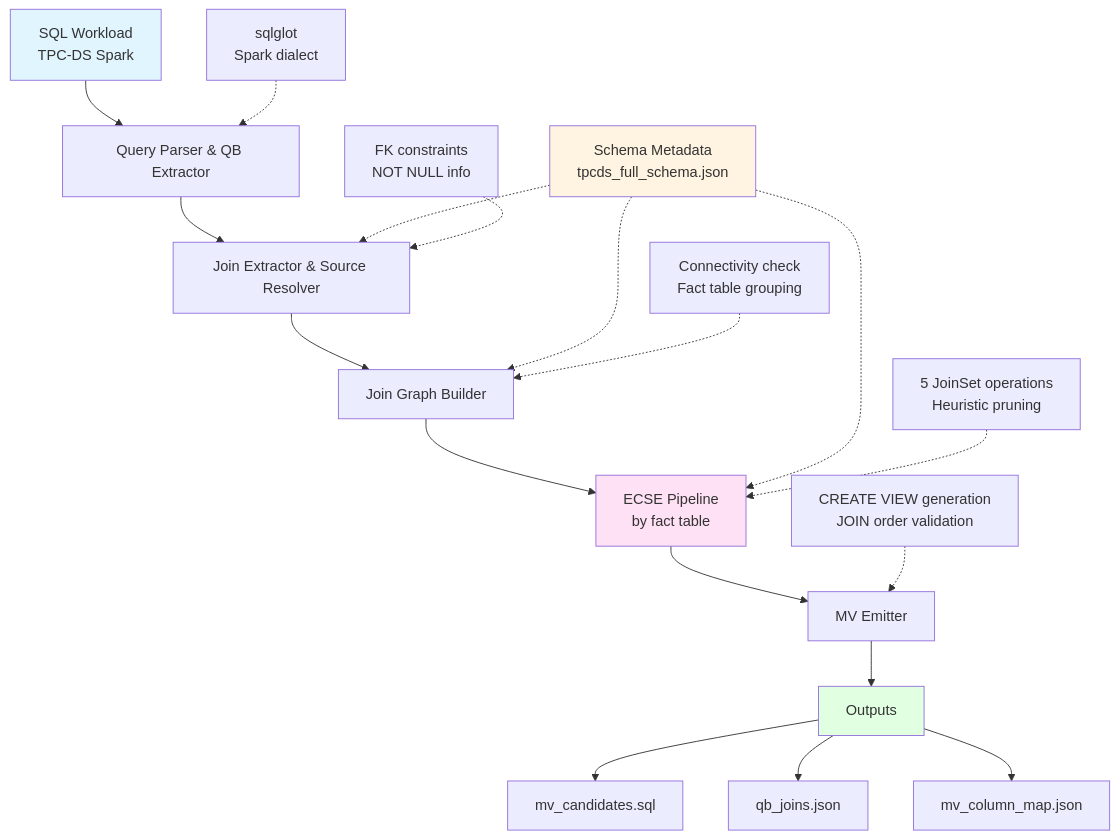
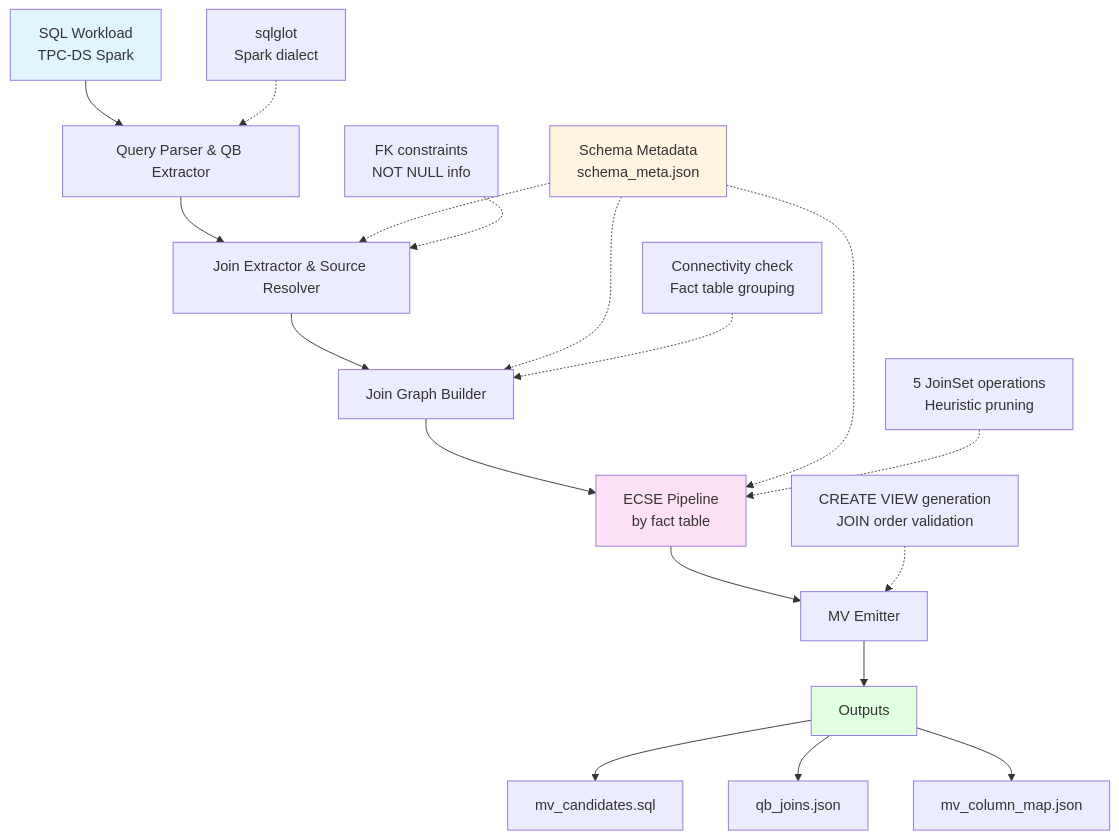
One commit to Lianghan-Zhang/ecse_test changed the first of 4 diagrams in README.md. Above: the diagram before and after it, drawn with Mermaid. The commit also changed other lines of this file and 88 other files, not shown here.

````diff
--- a/README.md
+++ b/README.md
@@ -20,28 +21,28 @@
 ```mermaid
 flowchart TD
     A[SQL Workload<br/>TPC-DS Spark] --> B[Query Parser & QB Extractor]
     B --> C[Join Extractor & Source Resolver]
     C --> D[Join Graph Builder]
     D --> E[ECSE Pipeline<br/>by fact table]
     E --> F[MV Emitter]
     F --> G[Outputs]
 
-    Schema[Schema Metadata<br/>tpcds_full_schema.json] -.-> C
+    Schema[Schema Metadata<br/>schema_meta.json] -.-> C
     Schema -.-> D
     Schema -.-> E
 
     B1[sqlglot<br/>Spark dialect] -.-> B
     C1[FK constraints<br/>NOT NULL info] -.-> C
     D1[Connectivity check<br/>Fact table grouping] -.-> D
     E1[5 JoinSet operations<br/>Heuristic pruning] -.-> E
     F1[CREATE VIEW generation<br/>JOIN order validation] -.-> F
 
     G --> G1[mv_candidates.sql]
     G --> G2[qb_joins.json]
     G --> G3[mv_column_map.json]
 
     style A fill:#e1f5ff
     style G fill:#e1ffe1
     style Schema fill:#fff4e1
     style E fill:#ffe1f5
 ```
````
